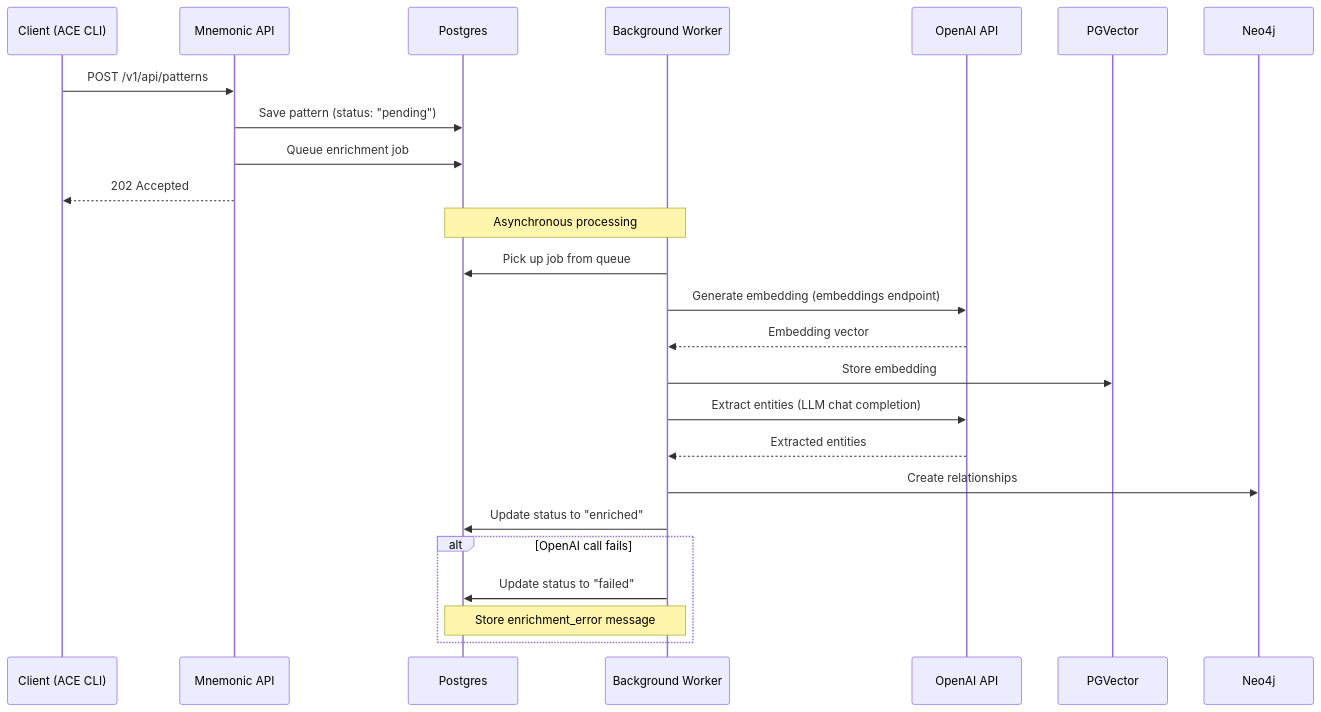
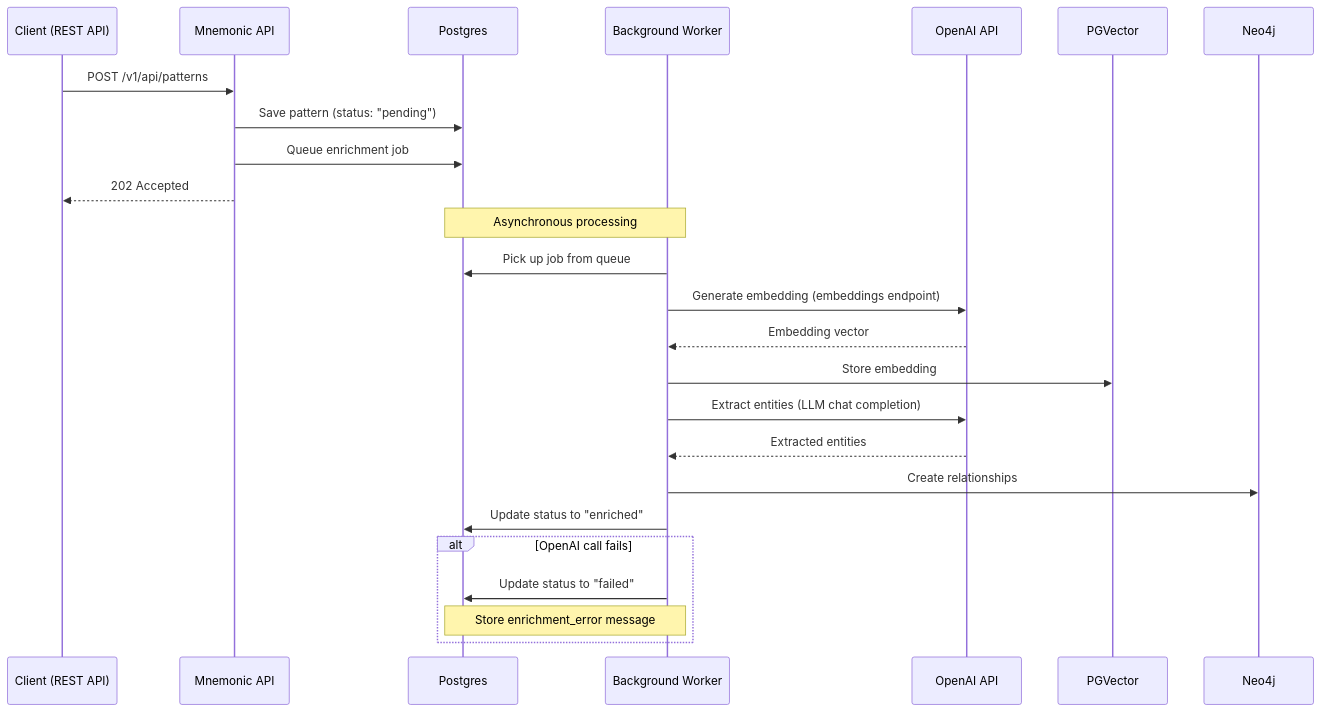
Before and after one commit to twistingmercury/mnemonic-mcp: the first of 6 diagrams in docs/design/mnemonic_service/pattern-processing.md, drawn with Mermaid. The commit also changed 12 other files, not shown here.

````diff
--- a/docs/design/mnemonic_service/pattern-processing.md
+++ b/docs/design/mnemonic_service/pattern-processing.md
@@ -48,31 +48,31 @@
 ```mermaid
 sequenceDiagram
-    participant Client as Client (ACE CLI)
+    participant Client as Client (REST API)
     participant API as Mnemonic API
     participant PG as Postgres
     participant Worker as Background Worker
     participant OpenAI as OpenAI API
     participant PGV as PGVector
     participant Neo4j as Neo4j
 
     Client->>API: POST /v1/api/patterns
     API->>PG: Save pattern (status: "pending")
     API->>PG: Queue enrichment job
     API-->>Client: 202 Accepted
 
     Note over Worker,PG: Asynchronous processing
 
     Worker->>PG: Pick up job from queue
     Worker->>OpenAI: Generate embedding (embeddings endpoint)
     OpenAI-->>Worker: Embedding vector
     Worker->>PGV: Store embedding
     Worker->>OpenAI: Extract entities (LLM chat completion)
     OpenAI-->>Worker: Extracted entities
     Worker->>Neo4j: Create relationships
     Worker->>PG: Update status to "enriched"
 
     alt OpenAI call fails
         Worker->>PG: Update status to "failed"
         Note over Worker,PG: Store enrichment_error message
     end
 ```
````
